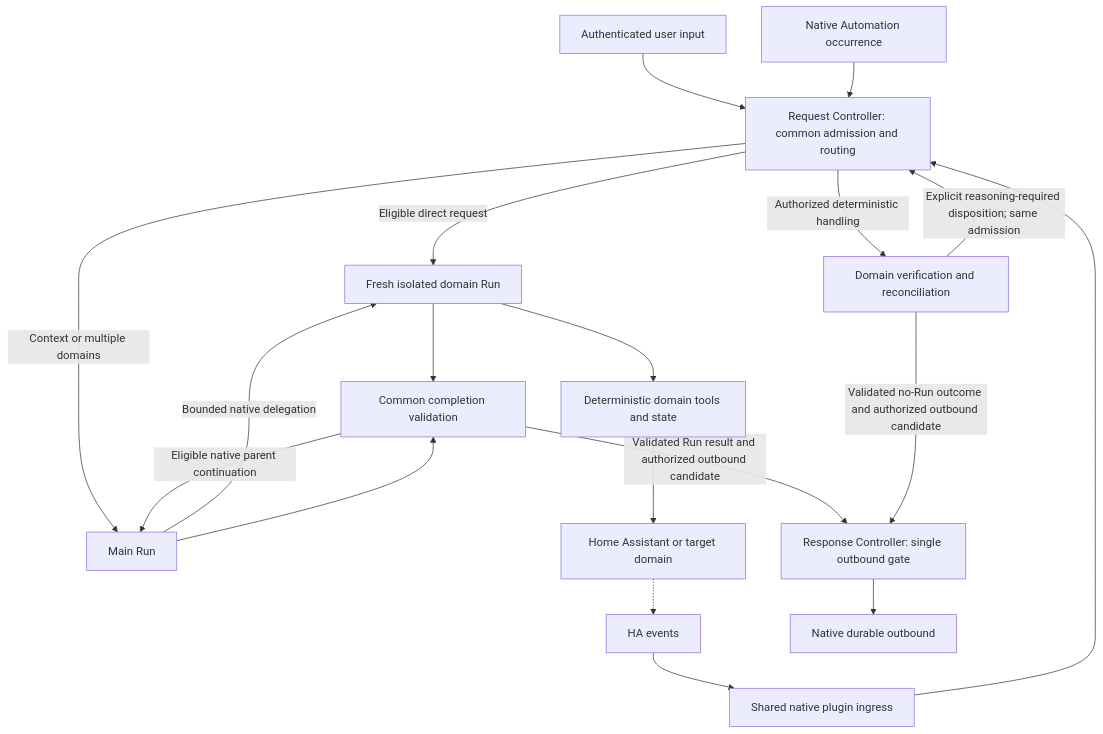
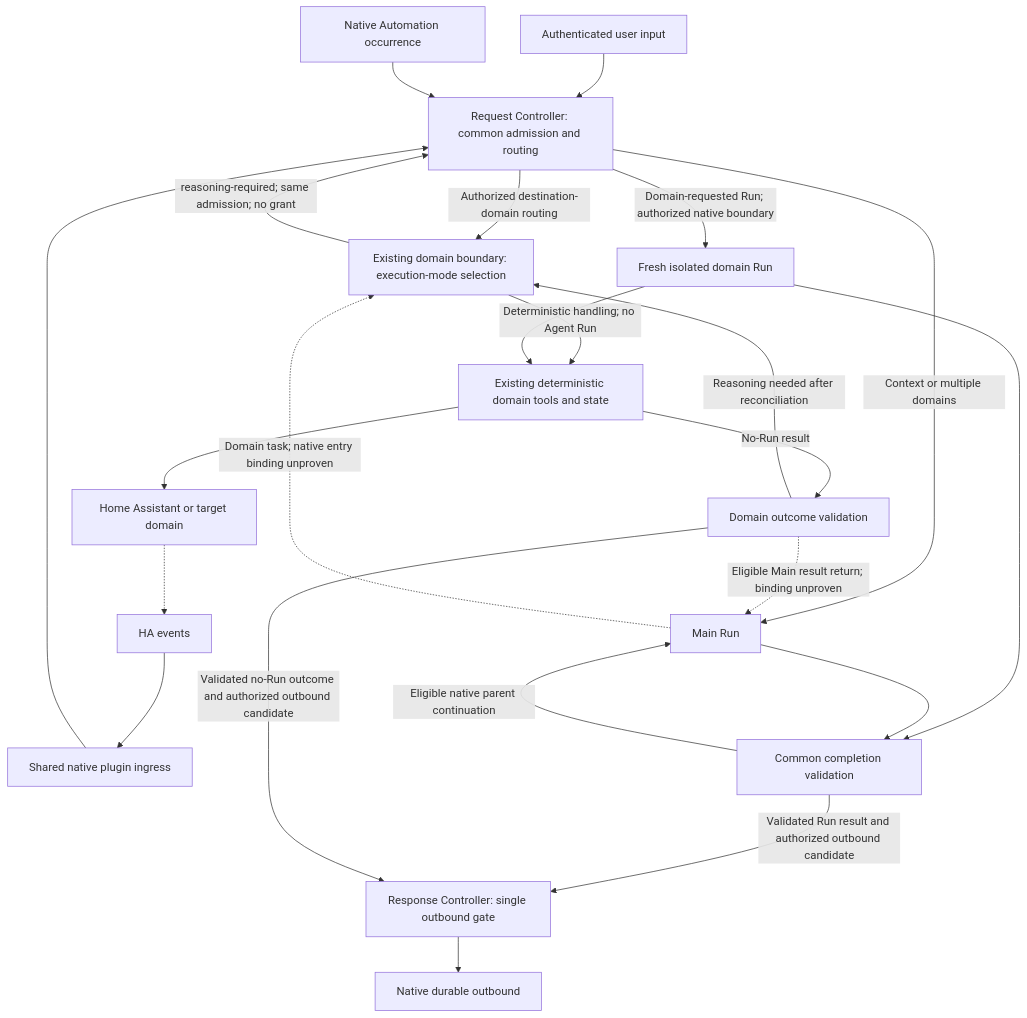
Before and after one commit to oilysheep/benson: the diagram in architecture/BENSON_SUBAGENT_ARCHITECTURE.md, drawn with Mermaid. The commit also changed other lines of this file and 1 other file, not shown here.

Commit message:
docs: define deterministic domain-owned execution selection

````diff
--- a/architecture/BENSON_SUBAGENT_ARCHITECTURE.md
+++ b/architecture/BENSON_SUBAGENT_ARCHITECTURE.md
@@ -63,21 +63,25 @@
 ```mermaid
 flowchart TD
     U[Authenticated user input] --> A[Request Controller: common admission and routing]
     H[HA events] --> I[Shared native plugin ingress]
     N[Native Automation occurrence] --> A
     I --> A
-    A -->|Authorized deterministic handling| V[Domain verification and reconciliation]
-    V -->|Explicit reasoning-required disposition; same admission| A
-    A -->|Eligible direct request| D[Fresh isolated domain Run]
+    A -->|Authorized destination-domain routing| B[Existing domain boundary: execution-mode selection]
+    B -->|Deterministic handling; no Agent Run| X[Existing deterministic domain tools and state]
+    B -->|reasoning-required; same admission; no grant| A
+    V -->|Reasoning needed after reconciliation| B
+    A -->|Domain-requested Run; authorized native boundary| D[Fresh isolated domain Run]
     A -->|Context or multiple domains| M[Main Run]
-    M -->|Bounded native delegation| D
-    D --> X[Deterministic domain tools and state]
+    M -.->|Domain task; native entry binding unproven| B
+    D --> X
     X --> HA[Home Assistant or target domain]
+    X -->|No-Run result| V[Domain outcome validation]
+    V -.->|Eligible Main result return; binding unproven| M
     D --> C[Common completion validation]
     M --> C
     C -->|Eligible native parent continuation| M
     C -->|Validated Run result and authorized outbound candidate| R[Response Controller: single outbound gate]
     V -->|Validated no-Run outcome and authorized outbound candidate| R
     R --> O[Native durable outbound]
     HA -.-> H
 ```
````
